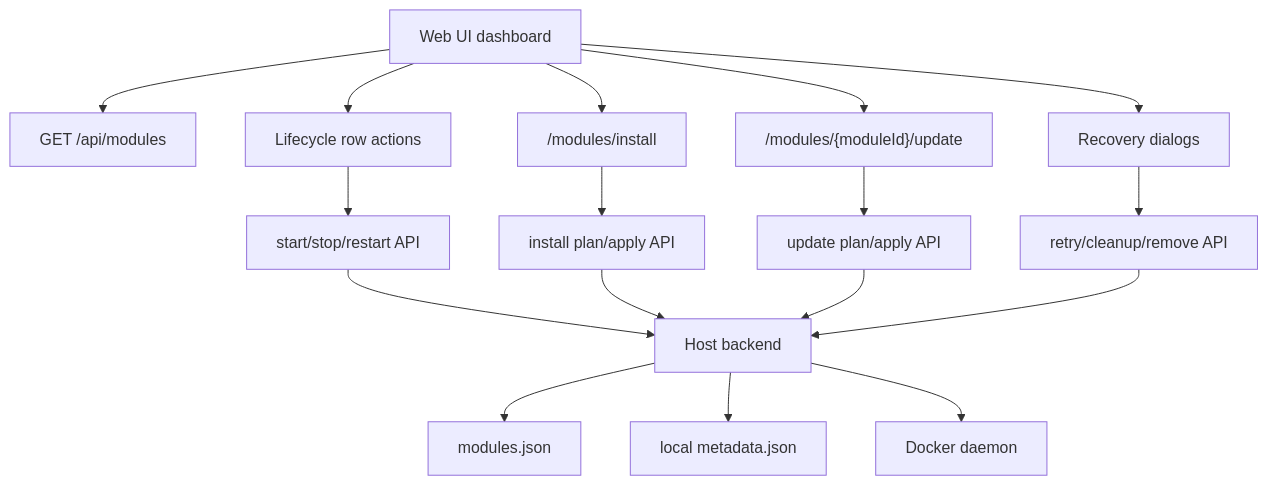
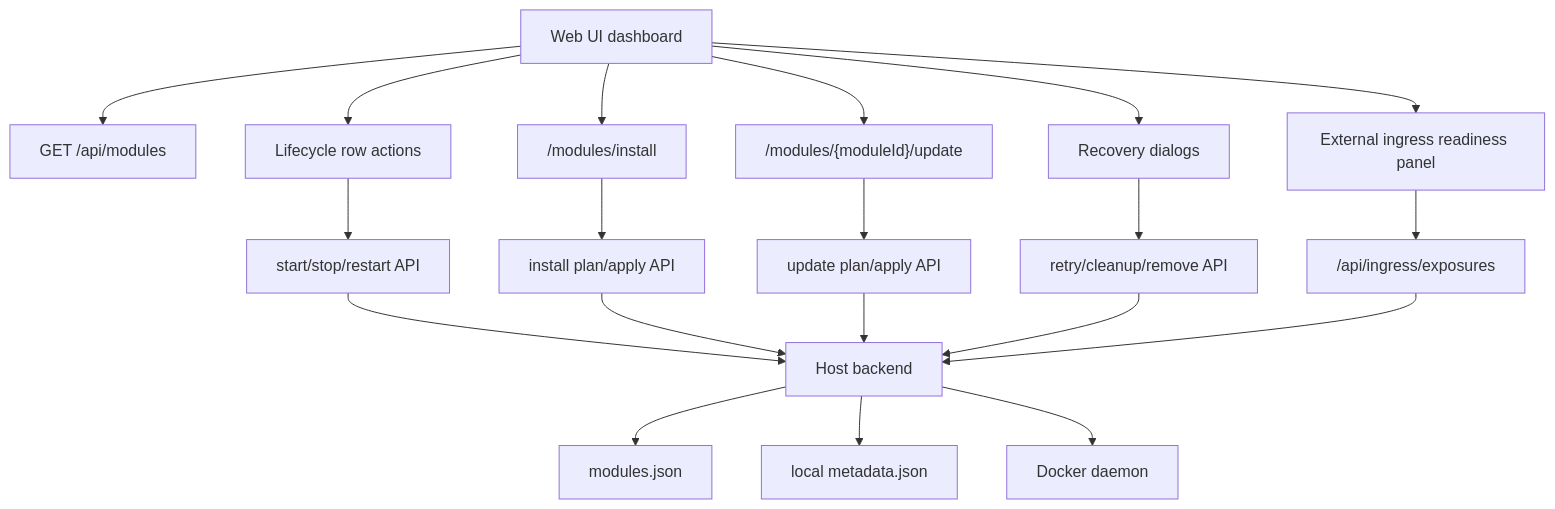
Before and after one commit to alex-de-haas/docker-host: the diagram in docs/features/web-ui-dashboard.md, drawn with Mermaid. The commit also changed other lines of this file and 6 other files, not shown here.

````diff
--- a/docs/features/web-ui-dashboard.md
+++ b/docs/features/web-ui-dashboard.md
@@ -24,19 +25,22 @@
 ```mermaid
 flowchart TD
   A["Web UI dashboard"] --> B["GET /api/modules"]
   A --> C["Lifecycle row actions"]
   A --> D["/modules/install"]
   A --> E["/modules/{moduleId}/update"]
   A --> F["Recovery dialogs"]
+  A --> Q["External ingress readiness panel"]
   C --> G["start/stop/restart API"]
   D --> H["install plan/apply API"]
   E --> I["update plan/apply API"]
   F --> J["retry/cleanup/remove API"]
+  Q --> R["/api/ingress/exposures"]
   G --> K["Host backend"]
   H --> K
   I --> K
   J --> K
+  R --> K
   K --> L["modules.json"]
   K --> M["local metadata.json"]
   K --> N["Docker daemon"]
 ```
````
